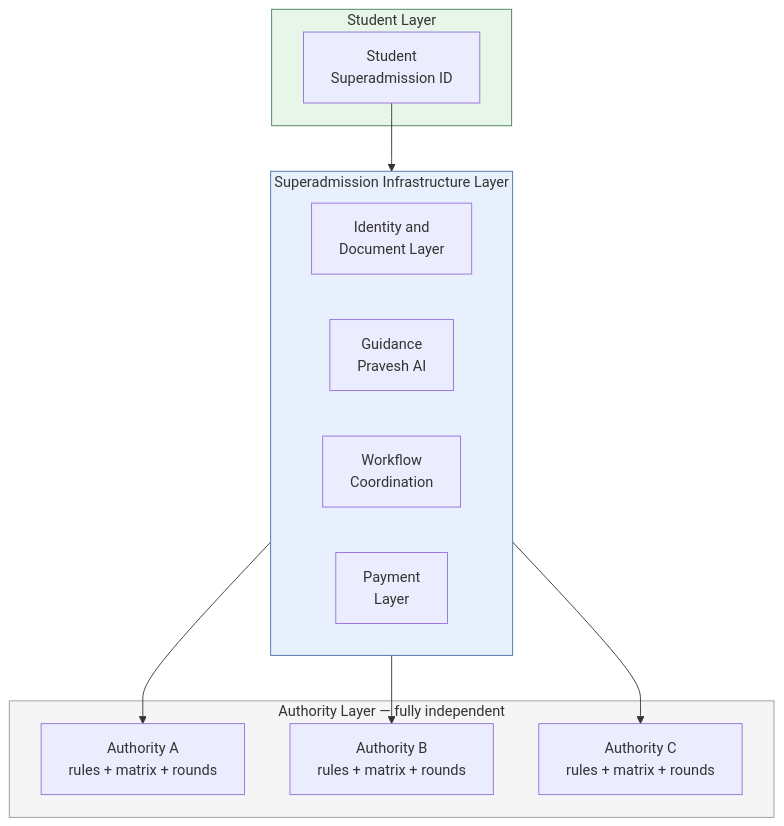
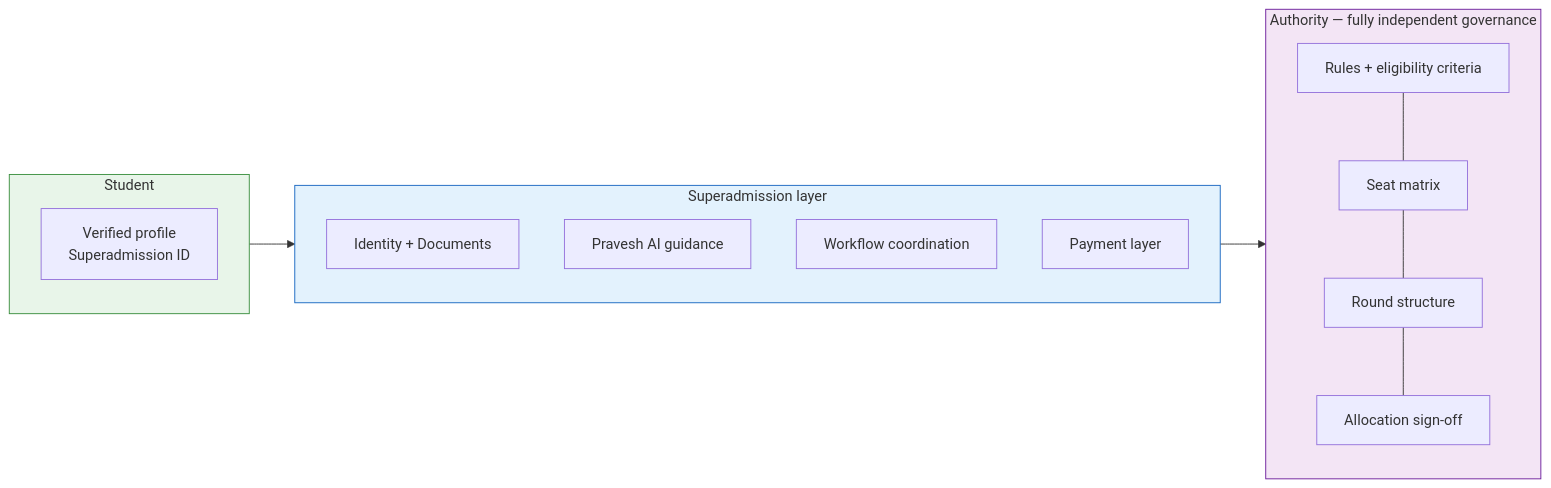
The second of 3 diagrams in Stakeholders/Counselling-Authorities.mdx (aashrutsharma2/docs), drawn with Mermaid before and after one commit. The commit also changed other lines of this file and 3 other files, not shown here.

````diff
--- a/Stakeholders/Counselling-Authorities.mdx
+++ b/Stakeholders/Counselling-Authorities.mdx
@@ -70,28 +79,30 @@
 ```mermaid
-graph TB
-    subgraph Student["Student Layer"]
-        S[Student\nSuperadmission ID]
+flowchart LR
+    subgraph S["Student"]
+        ST[Verified profile\nSuperadmission ID]
     end
-    
-    subgraph Platform["Superadmission Infrastructure Layer"]
-        ID[Identity and\nDocument Layer]
-        G[Guidance\nPravesh AI]
-        WF[Workflow\nCoordination]
-        PAY[Payment\nLayer]
+
+    subgraph P["Superadmission layer"]
+        direction TB
+        ID[Identity + Documents]
+        G[Pravesh AI guidance]
+        WF[Workflow coordination]
+        PAY[Payment layer]
     end
-    
-    subgraph Auth["Authority Layer — fully independent"]
-        A1[Authority A\nrules + matrix + rounds]
-        A2[Authority B\nrules + matrix + rounds]
-        A3[Authority C\nrules + matrix + rounds]
+
+    subgraph A["Authority — fully independent governance"]
+        direction TB
+        R[Rules + eligibility criteria]
+        M[Seat matrix]
+        RD[Round structure]
+        AL[Allocation sign-off]
     end
-    
-    S --> Platform
-    Platform --> A1
-    Platform --> A2
-    Platform --> A3
-    
-    style Auth fill:#f5f5f5,stroke:#999
-    style Platform fill:#e8f0fe,stroke:#4a6fa5
-    style Student fill:#e8f5e9,stroke:#4a7c59
+
+    S --> P
+    P --> A
+    R --- M --- RD --- AL
+
+    style S fill:#e8f5e9,stroke:#388e3c
+    style P fill:#e3f2fd,stroke:#1565c0
+    style A fill:#f3e5f5,stroke:#6a1b9a
 ```
````
